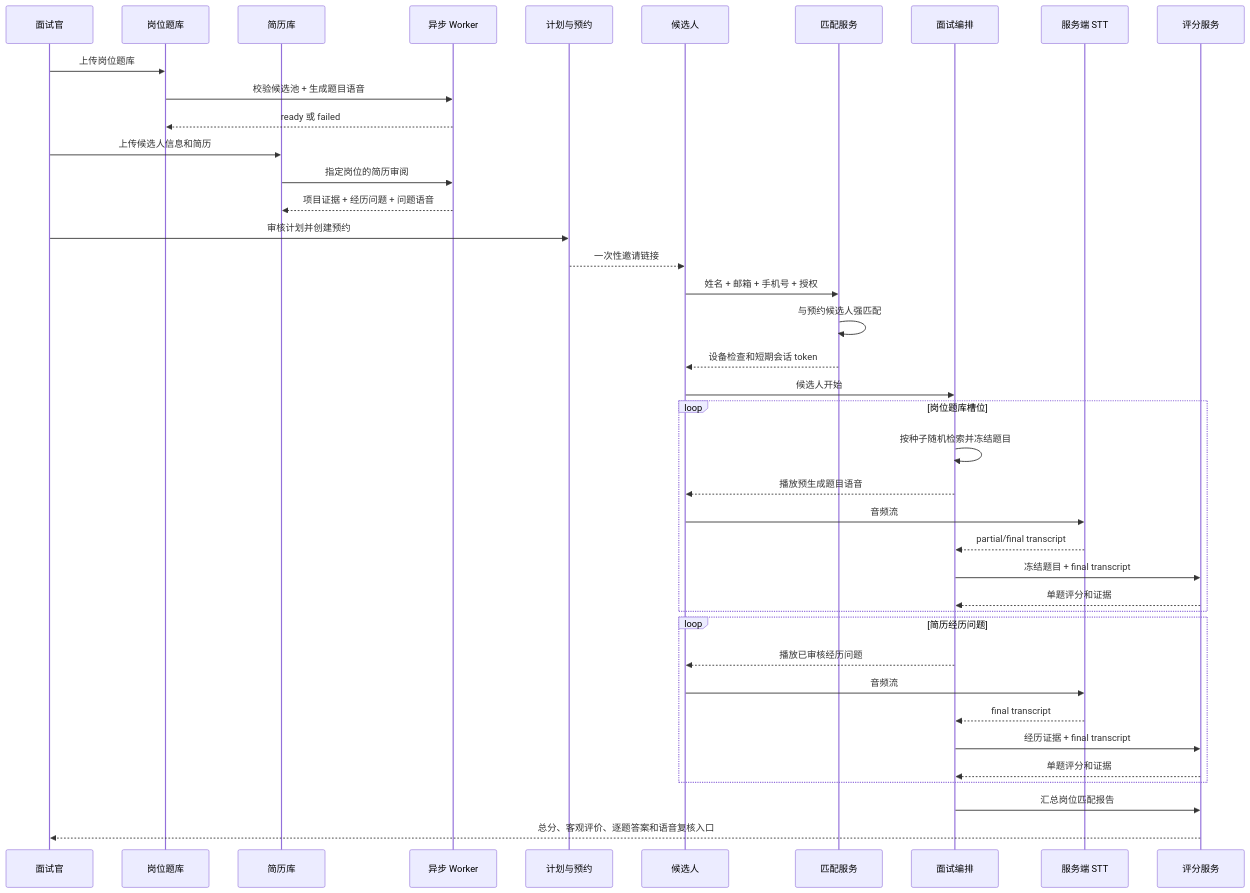
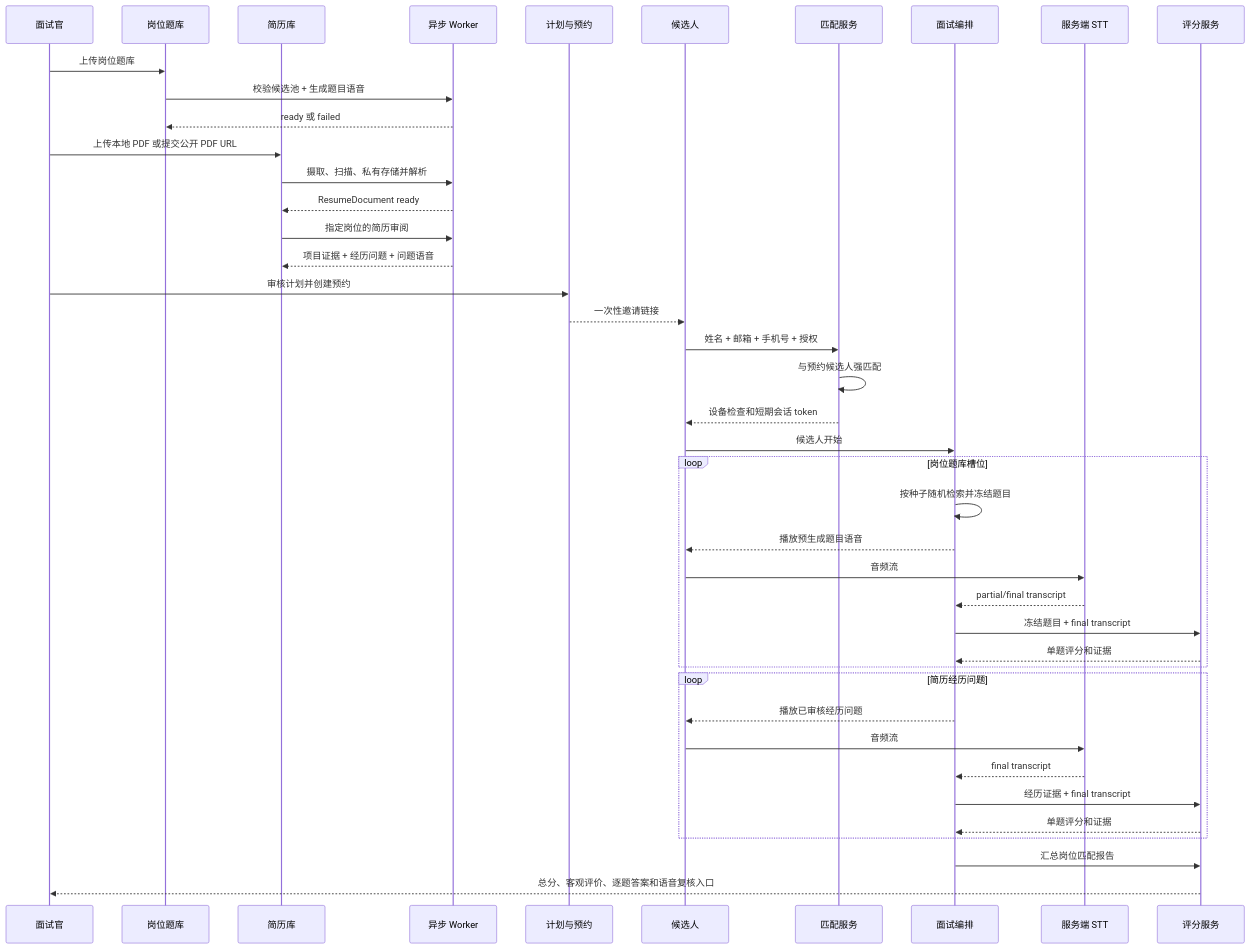
The second of 2 diagrams in docs/architecture.md (zwj19980929-netizen/interview), drawn with Mermaid before and after one commit. The commit also changed other lines of this file and 104 other files, not shown here.

````diff
--- a/docs/architecture.md
+++ b/docs/architecture.md
@@ -88,43 +94,45 @@
 ```mermaid
 sequenceDiagram
   participant I as 面试官
   participant KB as 岗位题库
   participant R as 简历库
   participant W as 异步 Worker
   participant P as 计划与预约
   participant C as 候选人
   participant M as 匹配服务
   participant O as 面试编排
   participant S as 服务端 STT
   participant E as 评分服务
 
   I->>KB: 上传岗位题库
   KB->>W: 校验候选池 + 生成题目语音
   W-->>KB: ready 或 failed
-  I->>R: 上传候选人信息和简历
+  I->>R: 上传本地 PDF 或提交公开 PDF URL
+  R->>W: 摄取、扫描、私有存储并解析
+  W-->>R: ResumeDocument ready
   R->>W: 指定岗位的简历审阅
   W-->>R: 项目证据 + 经历问题 + 问题语音
   I->>P: 审核计划并创建预约
   P-->>C: 一次性邀请链接
   C->>M: 姓名 + 邮箱 + 手机号 + 授权
   M->>M: 与预约候选人强匹配
   M-->>C: 设备检查和短期会话 token
   C->>O: 候选人开始
   loop 岗位题库槽位
     O->>O: 按种子随机检索并冻结题目
     O-->>C: 播放预生成题目语音
     C->>S: 音频流
     S-->>O: partial/final transcript
     O->>E: 冻结题目 + final transcript
     E-->>O: 单题评分和证据
   end
   loop 简历经历问题
     O-->>C: 播放已审核经历问题
     C->>S: 音频流
     S-->>O: final transcript
     O->>E: 经历证据 + final transcript
     E-->>O: 单题评分和证据
   end
   O->>E: 汇总岗位匹配报告
   E-->>I: 总分、客观评价、逐题答案和语音复核入口
 ```
````
